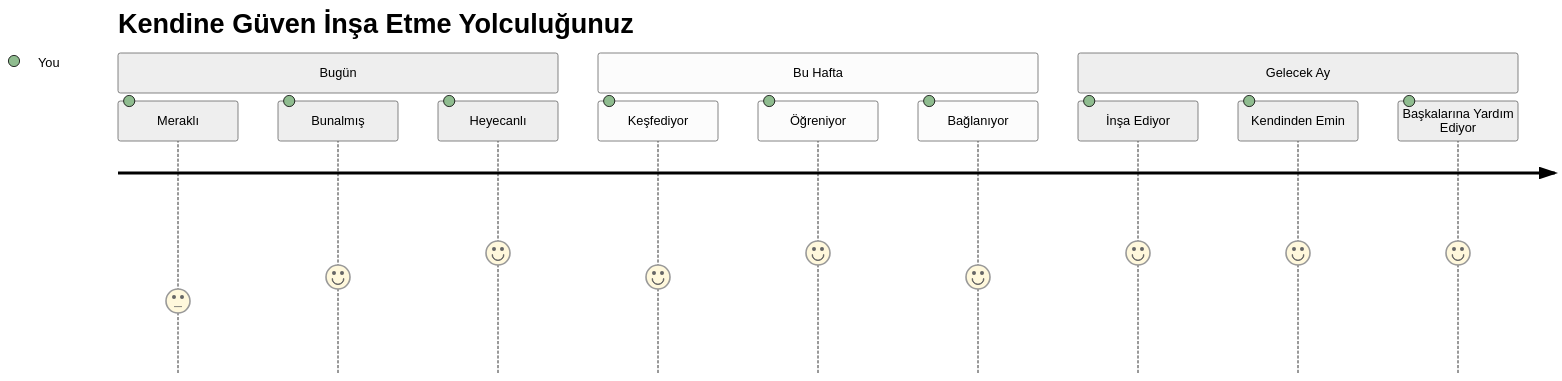
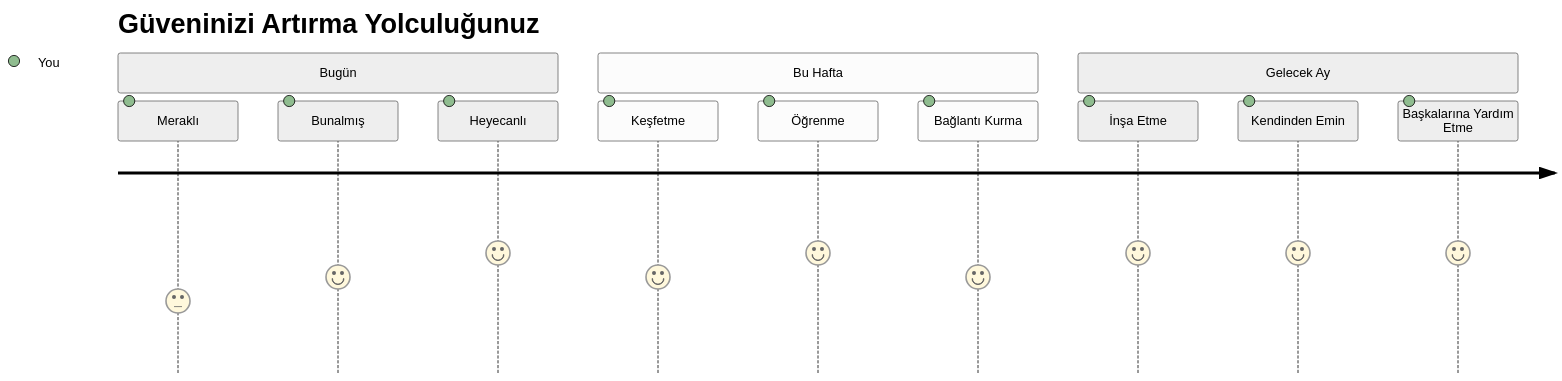
Before and after one commit to microsoft/Web-Dev-For-Beginners: the seventh of 7 diagrams in translations/tr/1-getting-started-lessons/1-intro-to-programming-languages/README.md, drawn with Mermaid (neutral theme). The commit also changed other lines of this file and 8 other files, not shown here.

````diff
--- a/translations/tr/1-getting-started-lessons/1-intro-to-programming-languages/README.md
+++ b/translations/tr/1-getting-started-lessons/1-intro-to-programming-languages/README.md
@@ -829,16 +831,16 @@
 ```mermaid
 journey
-    title Kendine Güven İnşa Etme Yolculuğunuz
+    title Güveninizi Artırma Yolculuğunuz
     section Bugün
       Meraklı: 3: You
       Bunalmış: 4: You
       Heyecanlı: 5: You
     section Bu Hafta
-      Keşfediyor: 4: You
-      Öğreniyor: 5: You
-      Bağlanıyor: 4: You
+      Keşfetme: 4: You
+      Öğrenme: 5: You
+      Bağlantı Kurma: 4: You
     section Gelecek Ay
-      İnşa Ediyor: 5: You
+      İnşa Etme: 5: You
       Kendinden Emin: 5: You
-      Başkalarına Yardım Ediyor: 5: You
+      Başkalarına Yardım Etme: 5: You
 ```
````
